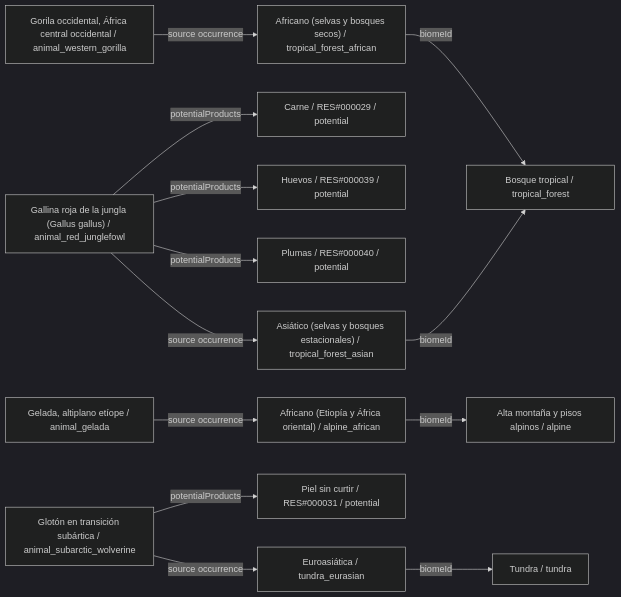
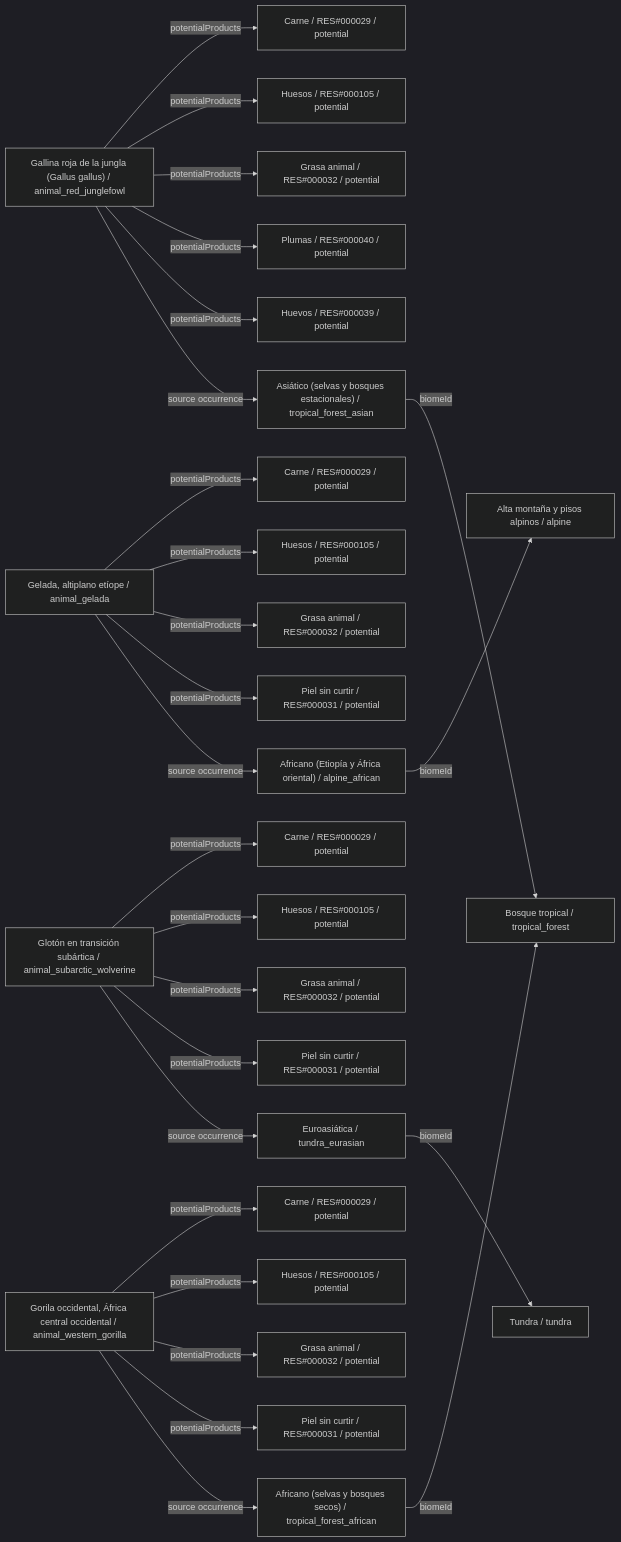
Diagram 11 of 26 in data/animals/DIAGRAMS.es.md (fgabo404/EvolveDoc), drawn with Mermaid (dark theme) before and after one commit. The commit also changed other lines of this file and 44 other files, not shown here.

````diff
--- a/data/animals/DIAGRAMS.es.md
+++ b/data/animals/DIAGRAMS.es.md
@@ -598,30 +826,56 @@
 ```mermaid
 flowchart LR
     c0["Gallina roja de la jungla (Gallus gallus) / animal_red_junglefowl"]
     v2["Asiático (selvas y bosques estacionales) / tropical_forest_asian"]
     b0["Bosque tropical / tropical_forest"]
     o0_0["Carne / RES#000029 / potential"]
-    o0_1["Huevos / RES#000039 / potential"]
-    o0_2["Plumas / RES#000040 / potential"]
+    o0_1["Huesos / RES#000105 / potential"]
+    o0_2["Grasa animal / RES#000032 / potential"]
+    o0_3["Plumas / RES#000040 / potential"]
+    o0_4["Huevos / RES#000039 / potential"]
     c1["Gelada, altiplano etíope / animal_gelada"]
     v26["Africano (Etiopía y África oriental) / alpine_african"]
     b6["Alta montaña y pisos alpinos / alpine"]
+    o1_0["Carne / RES#000029 / potential"]
+    o1_1["Huesos / RES#000105 / potential"]
+    o1_2["Grasa animal / RES#000032 / potential"]
+    o1_3["Piel sin curtir / RES#000031 / potential"]
     c2["Glotón en transición subártica / animal_subarctic_wolverine"]
     v9["Euroasiática / tundra_eurasian"]
     b2["Tundra / tundra"]
-    o2_0["Piel sin curtir / RES#000031 / potential"]
+    o2_0["Carne / RES#000029 / potential"]
+    o2_1["Huesos / RES#000105 / potential"]
+    o2_2["Grasa animal / RES#000032 / potential"]
+    o2_3["Piel sin curtir / RES#000031 / potential"]
     c3["Gorila occidental, África central occidental / animal_western_gorilla"]
     v1["Africano (selvas y bosques secos) / tropical_forest_african"]
+    o3_0["Carne / RES#000029 / potential"]
+    o3_1["Huesos / RES#000105 / potential"]
+    o3_2["Grasa animal / RES#000032 / potential"]
+    o3_3["Piel sin curtir / RES#000031 / potential"]
     c0 -->|potentialProducts| o0_0
     c0 -->|potentialProducts| o0_1
     c0 -->|potentialProducts| o0_2
+    c0 -->|potentialProducts| o0_3
+    c0 -->|potentialProducts| o0_4
     c0 -->|source occurrence| v2
+    c1 -->|potentialProducts| o1_0
+    c1 -->|potentialProducts| o1_1
+    c1 -->|potentialProducts| o1_2
+    c1 -->|potentialProducts| o1_3
     c1 -->|source occurrence| v26
     c2 -->|potentialProducts| o2_0
+    c2 -->|potentialProducts| o2_1
+    c2 -->|potentialProducts| o2_2
+    c2 -->|potentialProducts| o2_3
     c2 -->|source occurrence| v9
+    c3 -->|potentialProducts| o3_0
+    c3 -->|potentialProducts| o3_1
+    c3 -->|potentialProducts| o3_2
+    c3 -->|potentialProducts| o3_3
     c3 -->|source occurrence| v1
     v1 -->|biomeId| b0
     v2 -->|biomeId| b0
     v26 -->|biomeId| b6
     v9 -->|biomeId| b2
 ```
````
